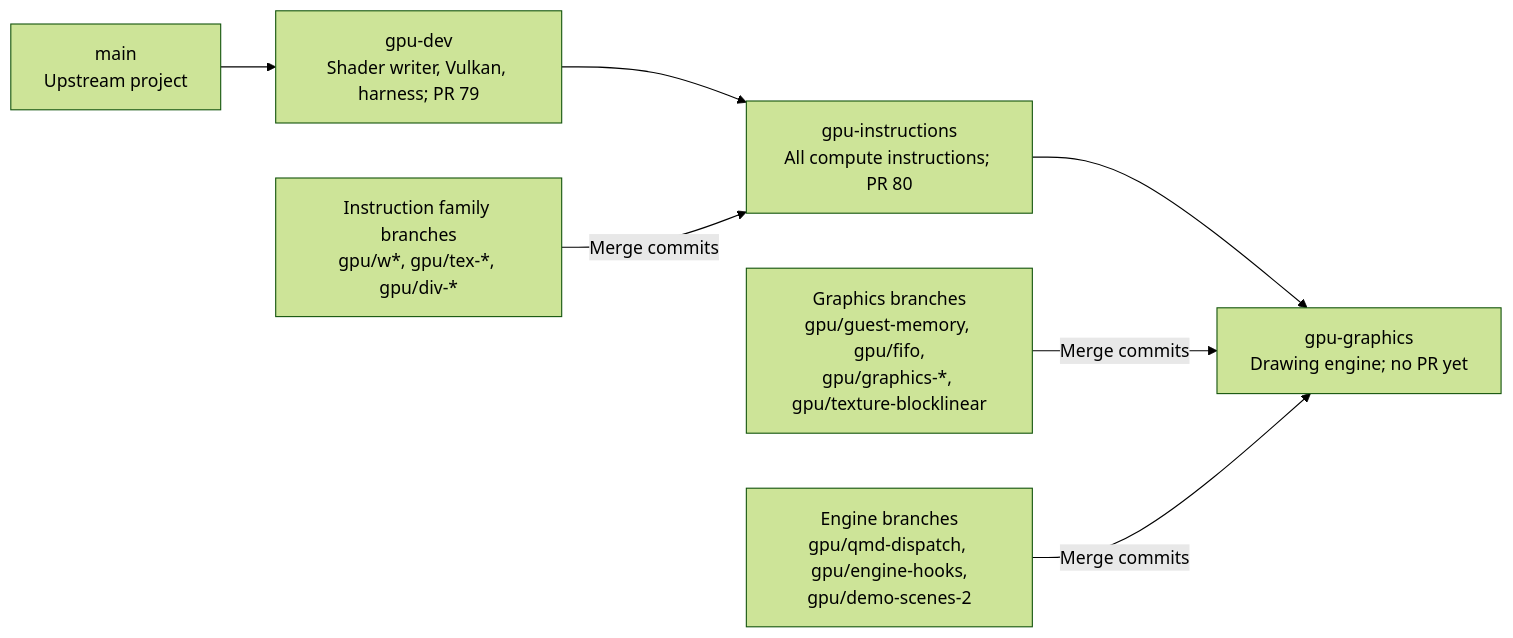
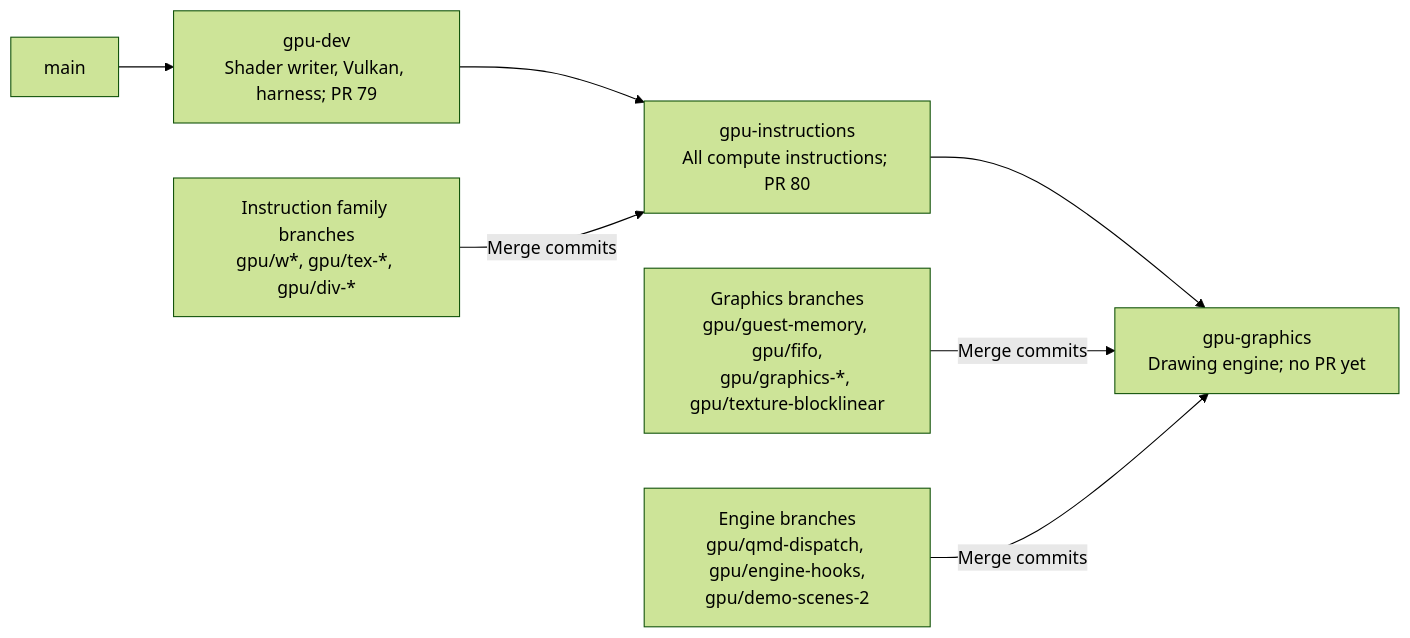
The second of 2 diagrams in docs/architecture/gpu-pipeline.md (0xNikilite/oboromi), drawn with Mermaid (forest theme) before and after one commit. The commit also changed other lines of this file and 6 other files, not shown here.

````diff
--- a/docs/architecture/gpu-pipeline.md
+++ b/docs/architecture/gpu-pipeline.md
@@ -67,9 +67,9 @@
 ```mermaid
 flowchart LR
-    main["main<br/>Upstream project"] --> dev["gpu-dev<br/>Shader writer, Vulkan, harness; PR 79"]
+    main["main"] --> dev["gpu-dev<br/>Shader writer, Vulkan, harness; PR 79"]
     dev --> instr["gpu-instructions<br/>All compute instructions; PR 80"]
     instr --> gfx["gpu-graphics<br/>Drawing engine; no PR yet"]
     fam["Instruction family branches<br/>gpu/w*, gpu/tex-*, gpu/div-*"] -->|"Merge commits"| instr
     gfxb["Graphics branches<br/>gpu/guest-memory, gpu/fifo,<br/>gpu/graphics-*, gpu/texture-blocklinear"] -->|"Merge commits"| gfx
     qmd["Engine branches<br/>gpu/qmd-dispatch, gpu/engine-hooks,<br/>gpu/demo-scenes-2"] -->|"Merge commits"| gfx
 ```
````
